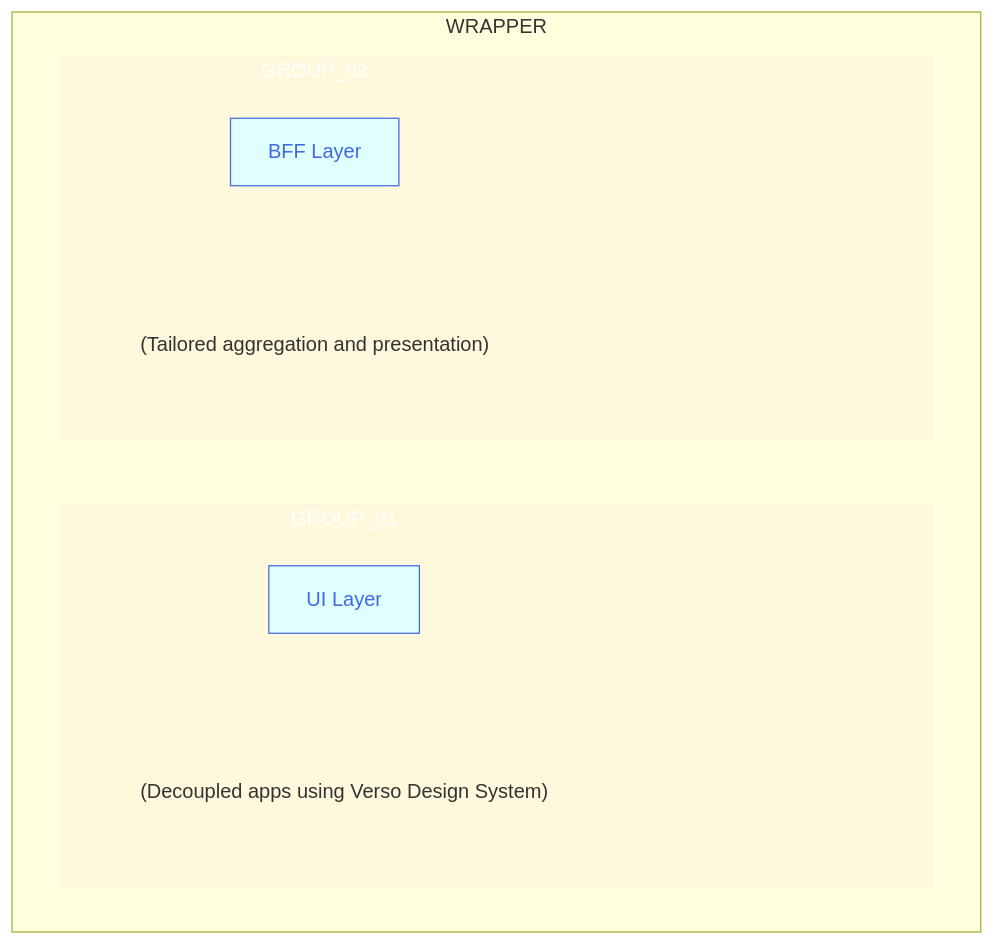
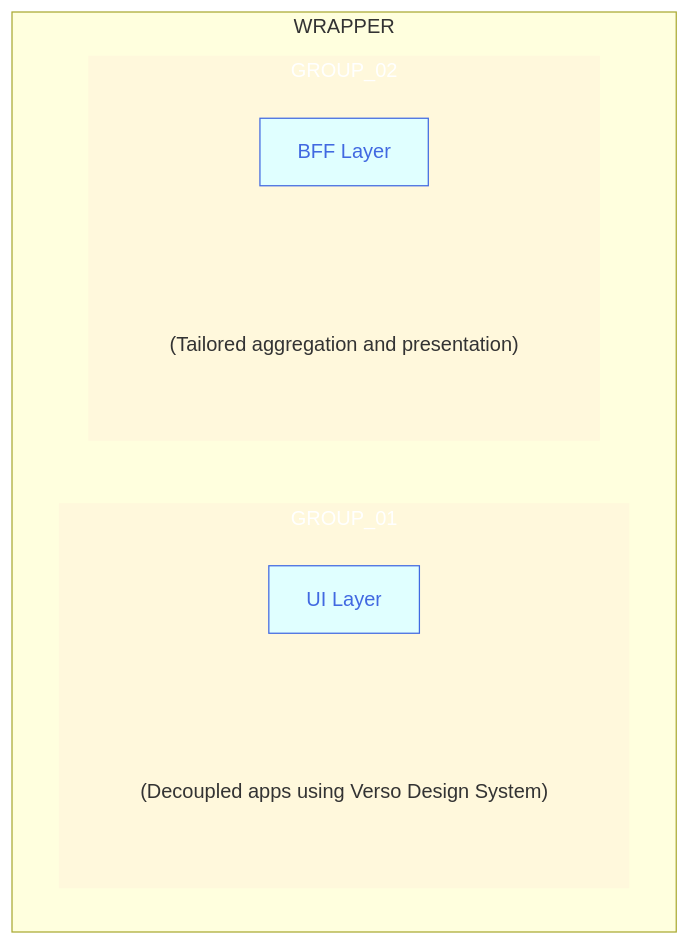
Before and after one commit to joe-dorward/samples: the diagram in buttons_mermaid_v5.md, drawn with Mermaid.

````diff
--- a/buttons_mermaid_v5.md
+++ b/buttons_mermaid_v5.md
@@ -3,44 +3,44 @@
 ```mermaid
   %%{
     init: {
       "flowchart": { "markdownAutoWrap":"false", "textWrap":"false", "textAlign":"left", "wrappingWidth": "100%" }
     }
   }%%
   flowchart TD
 
   classDef Button fill:lightcyan, stroke:royalblue, color:royalblue;
   classDef Note fill:transparent, stroke-width:0px
   %% ---------- ---------- ---------- ---------- ---------- ---------- ---------- ---------- ---------- ----------
 subgraph WRAPPER
   subgraph GROUP_01
     %%direction LR
 
     BUTTON_01_NOTE["(Decoupled apps using Verso Design System)"]:::Note
     BUTTON_01["UI Layer"]:::Button
     click BUTTON_01 "https://en.wikipedia.org/wiki/Main_Page" _blank
 
     BUTTON_01~~~
     BUTTON_01_NOTE
   end
   %% ---------- ---------- ---------- ---------- ---------- ---------- ---------- ---------- ---------- ----------
   subgraph GROUP_02
     %%direction LR
 
     BUTTON_02_NOTE["(Tailored aggregation and presentation)"]:::Note
     BUTTON_02["BFF Layer"]:::Button
     click BUTTON_02 "https://en.wikipedia.org/wiki/Main_Page" _blank
 
     BUTTON_02~~~
     BUTTON_02_NOTE
   end
 end
   %% ---------- ---------- ---------- ---------- ---------- ---------- ---------- ---------- ---------- ----------
 
 %%GROUP_01-.-GROUP_02
 
 %%BUTTON_01-->BUTTON_02
 
-  style GROUP_01 fill:cornsilk, color:white, stroke-width:0px, width: 700px
-  style GROUP_02 fill:cornsilk, color:white, stroke-width:0px, width: 700px
+  style GROUP_01 fill:cornsilk, color:white, stroke-width:0px
+  style GROUP_02 fill:cornsilk, color:white, stroke-width:0px
 
 ```
````
